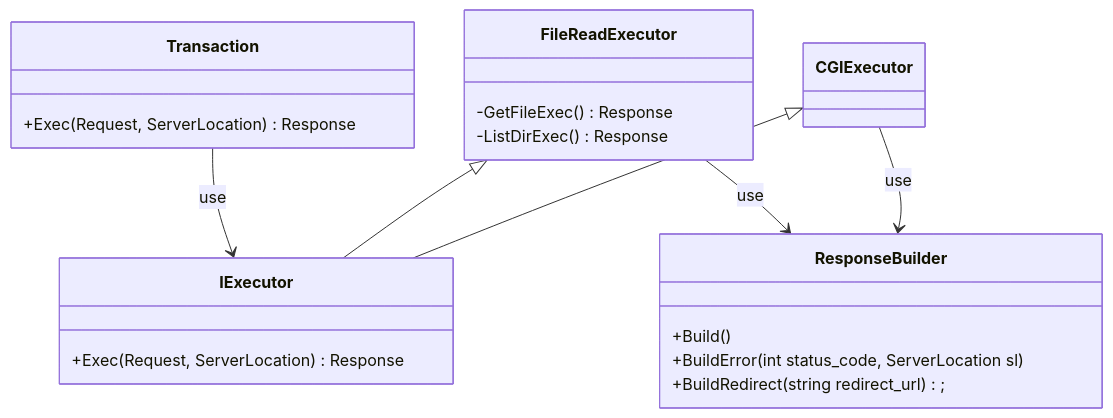
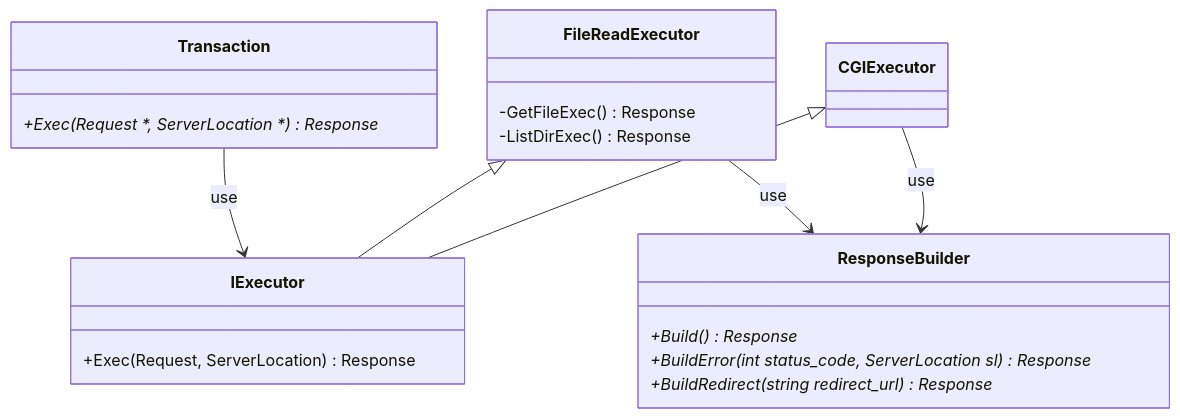
The diagram in docs/class/transaction_class.md (katataku/webserv), drawn with Mermaid before and after one commit. The commit also changed other lines of this file and 23 other files, not shown here.

````diff
--- a/docs/class/transaction_class.md
+++ b/docs/class/transaction_class.md
@@ -1,34 +1,33 @@
 ```mermaid
 classDiagram
     CGIExecutor <|-- IExecutor
     FileReadExecutor <|-- IExecutor
 
     Transaction --> IExecutor : use
     CGIExecutor --> ResponseBuilder : use
     FileReadExecutor --> ResponseBuilder : use
 
     class FileReadExecutor {
-		-GetFileExec() Response
-		-ListDirExec() Response
+        -GetFileExec() Response
+        -ListDirExec() Response
     }
 
     class CGIExecutor {
     }
 
     class IExecutor {
         +Exec(Request, ServerLocation) Response
     }
 
 
     class Transaction {
-        +Exec(Request, ServerLocation) Response
+        +Exec(Request *, ServerLocation *) Response*
     }
 
-	%% status_code, server_location &&
+    %% status_code, server_location &&
     class ResponseBuilder {
-        +Build()
-		+BuildError(int status_code, ServerLocation sl)
-		+BuildRedirect(string redirect_url);
+        +Build() Response*
+        +BuildError(int status_code, ServerLocation sl) Response*
+        +BuildRedirect(string redirect_url) Response*
     }
-
 ```
````
